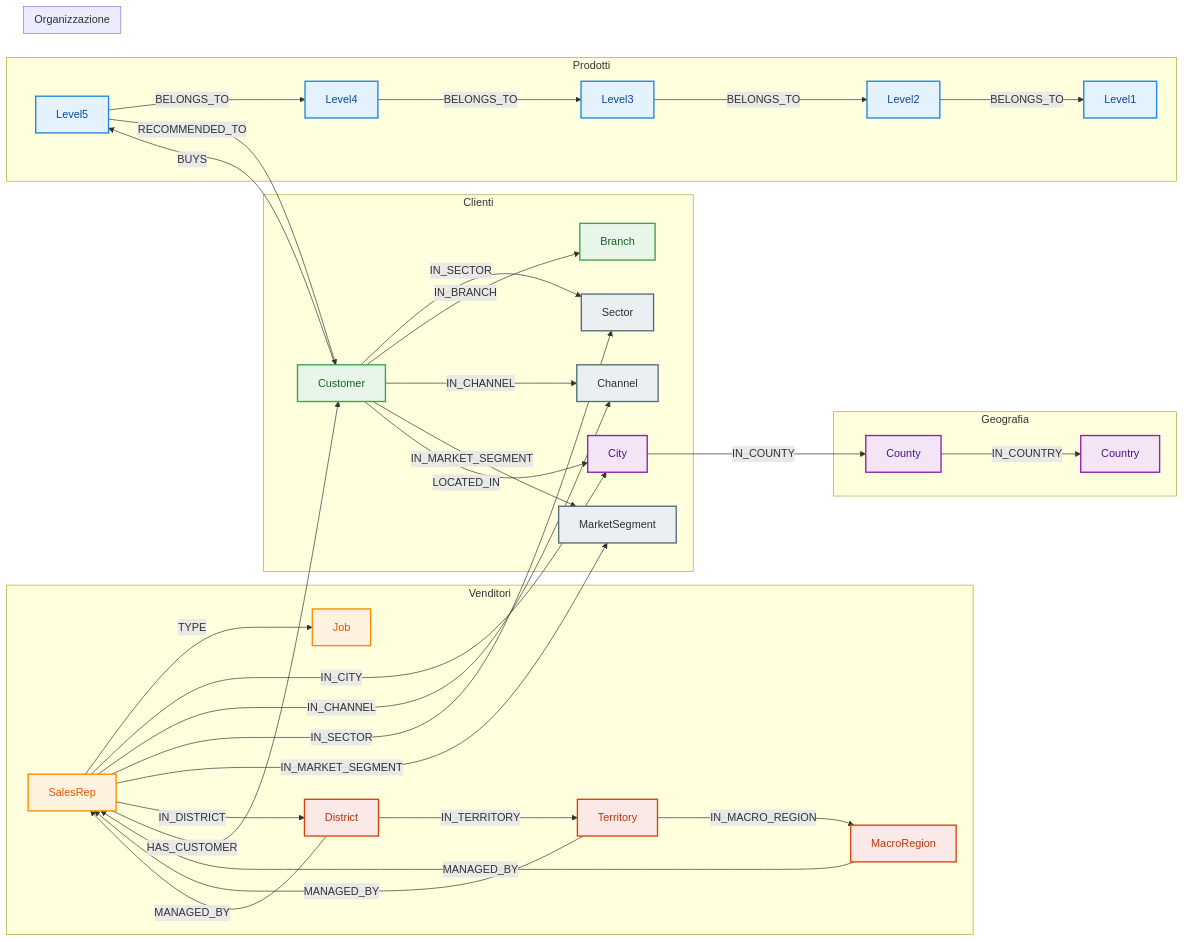
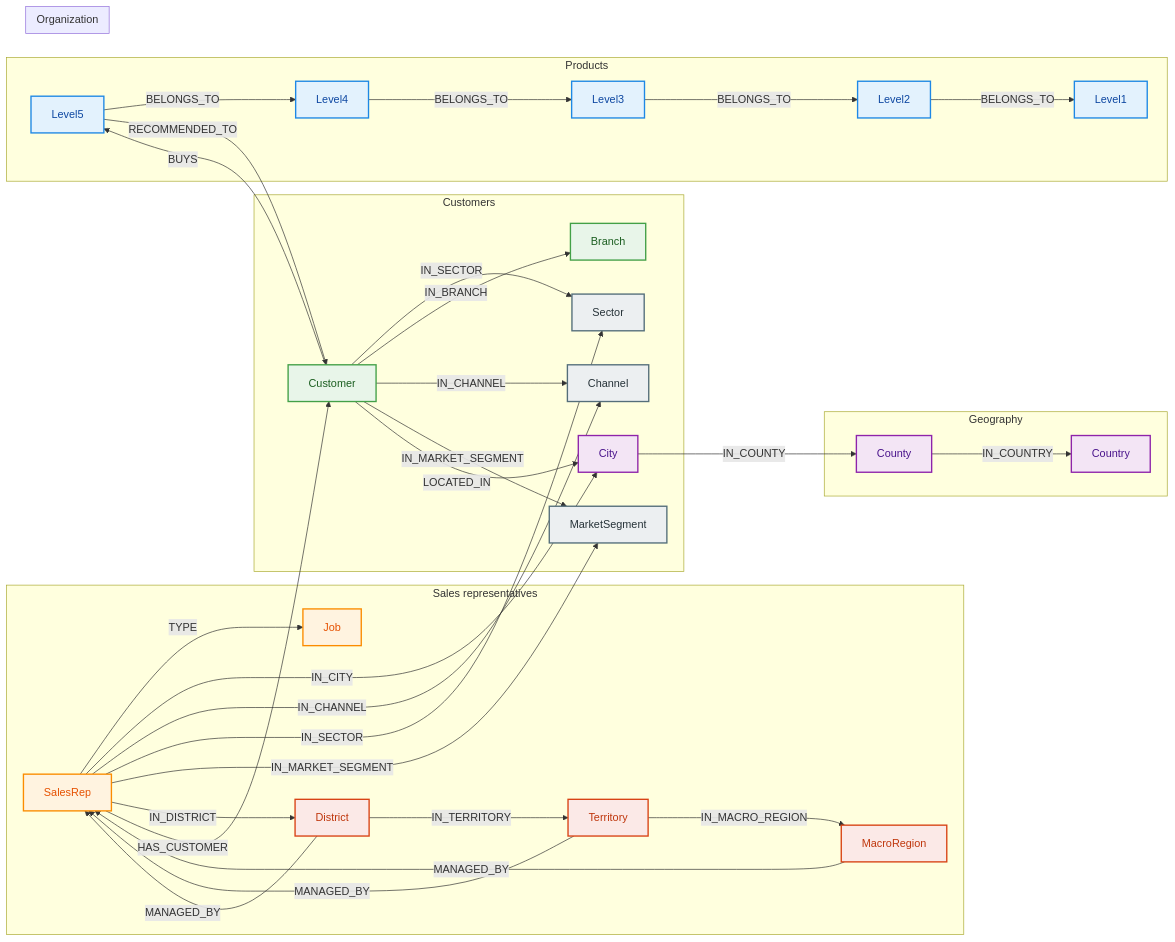
One commit to matteo-massari/GRACE changed the diagram in docs/modules/project/graph_doc.md. Above: the diagram before and after it, drawn with Mermaid. The commit also changed other lines of this file and 284 other files, not shown here.

````diff
--- a/docs/modules/project/graph_doc.md
+++ b/docs/modules/project/graph_doc.md
@@ -40,66 +24,66 @@
 ```{mermaid}
 
 graph LR
 
-    %% Prodotti
-    subgraph Prodotti
+    %% Products
+    subgraph Products
         Level5 -->|BELONGS_TO| Level4
         Level4 -->|BELONGS_TO| Level3
         Level3 -->|BELONGS_TO| Level2
         Level2 -->|BELONGS_TO| Level1
     end
 
-    %% Clienti
-    subgraph Clienti
+    %% Customers
+    subgraph Customers
         Customer -->|IN_SECTOR| Sector
         Customer -->|IN_BRANCH| Branch
         Customer -->|IN_CHANNEL| Channel
         Customer -->|IN_MARKET_SEGMENT| MarketSegment
         Customer -->|LOCATED_IN| City
     end
 
-    %% Venditori
-    subgraph Venditori
+    %% Sales representatives
+    subgraph Sales representatives
         SalesRep -->|TYPE| Job
         SalesRep -->|IN_CITY| City
         SalesRep -->|IN_CHANNEL| Channel
         SalesRep -->|IN_SECTOR| Sector
         SalesRep -->|IN_MARKET_SEGMENT| MarketSegment
         SalesRep -->|IN_DISTRICT| District
         District -->|IN_TERRITORY| Territory
         Territory -->|IN_MACRO_REGION| MacroRegion
         SalesRep -->|HAS_CUSTOMER| Customer
     end
 
-    %% Organizzazione vendite
-    subgraph Organizzazione
+    %% Sales organization
+    subgraph Organization
         MacroRegion -->|MANAGED_BY| SalesRep
         Territory -->|MANAGED_BY| SalesRep
         District -->|MANAGED_BY| SalesRep
     end
 
-    %% Geografia
-    subgraph Geografia
+    %% Geography
+    subgraph Geography
         City -->|IN_COUNTY| County
         County -->|IN_COUNTRY| Country
     end
 
-    %% Relazioni prodotti
+    %% Product relationships
     Level5 -->|RECOMMENDED_TO| Customer
     Customer -->|BUYS| Level5
 
-    %% Stili
+    %% Styles
     classDef product fill:#E3F2FD,stroke:#1E88E5,stroke-width:2px,color:#0D47A1;
     classDef customer fill:#E8F5E9,stroke:#43A047,stroke-width:2px,color:#1B5E20;
     classDef sales fill:#FFF3E0,stroke:#FB8C00,stroke-width:2px,color:#E65100;
     classDef salesHierarchy fill:#FBE9E7,stroke:#D84315,stroke-width:2px,color:#BF360C;
     classDef geo fill:#F3E5F5,stroke:#8E24AA,stroke-width:2px,color:#4A148C;
     classDef shared fill:#ECEFF1,stroke:#546E7A,stroke-width:2px,color:#263238;
 
     class Level1,Level2,Level3,Level4,Level5 product;
     class Customer,Branch customer;
     class SalesRep,Job sales;
     class District,Territory,MacroRegion salesHierarchy;
     class City,County,Country geo;
     class Sector,Channel,MarketSegment shared;
 ```
````
